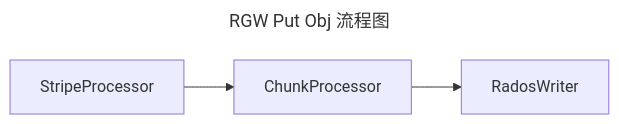
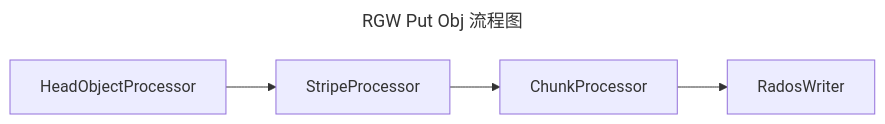
The second of 3 diagrams in source/_posts/rgw-put-obj-atomic.md (liutimo/liutimo.github.io), drawn with Mermaid before and after one commit. The commit also changed other lines of this file and 3 other files, not shown here.

````diff
--- a/source/_posts/rgw-put-obj-atomic.md
+++ b/source/_posts/rgw-put-obj-atomic.md
@@ -107,8 +108,7 @@
 ```mermaid
 ---
 title: RGW Put Obj 流程图
-theme: default
 ---
 flowchart LR
-StripeProcessor --> ChunkProcessor --> RadosWriter
+HeadObjectProcessor --> StripeProcessor --> ChunkProcessor --> RadosWriter
 ```
````
